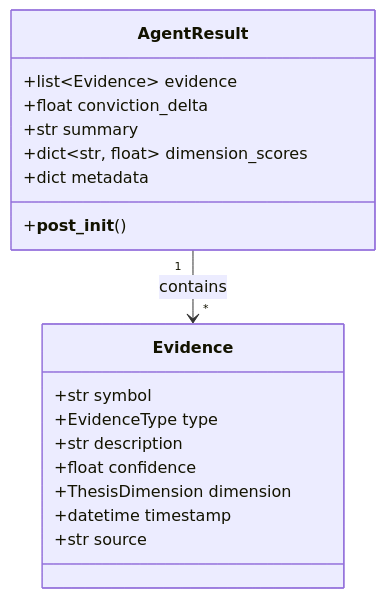
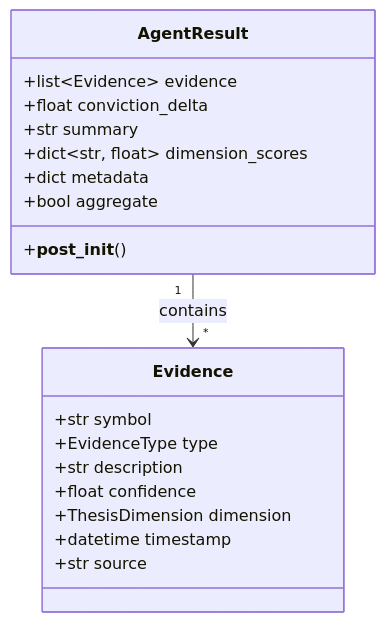
One commit to wolfbane/cents changed the fifth of 5 diagrams in website/src/content/docs/architecture.mdx. Above: the diagram before and after it, drawn with Mermaid. The commit also changed other lines of this file and 9 other files, not shown here.

````diff
--- a/website/src/content/docs/architecture.mdx
+++ b/website/src/content/docs/architecture.mdx
@@ -94,21 +210,22 @@
 ```mermaid
 classDiagram
   class AgentResult {
     +list~Evidence~ evidence
     +float conviction_delta
     +str summary
     +dict~str, float~ dimension_scores
     +dict metadata
+    +bool aggregate
     +__post_init__()
   }
   class Evidence {
     +str symbol
     +EvidenceType type
     +str description
     +float confidence
     +ThesisDimension dimension
     +datetime timestamp
     +str source
   }
   AgentResult "1" --> "*" Evidence : contains
 ```
````
